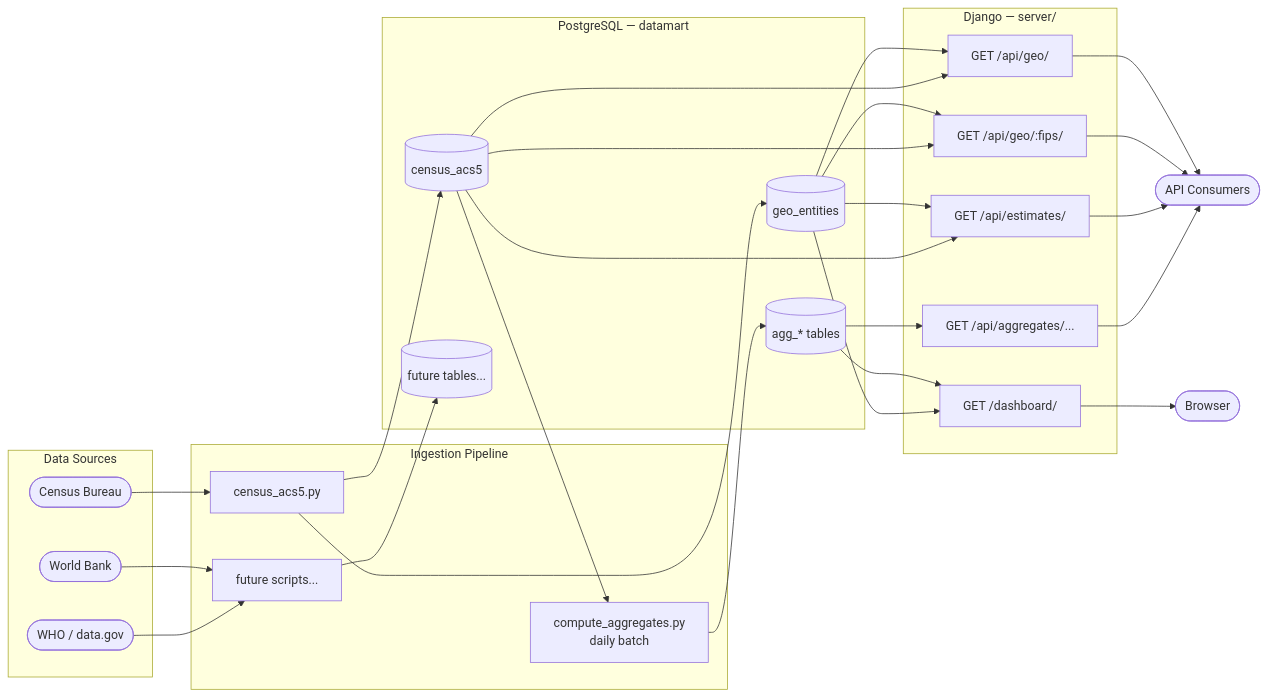
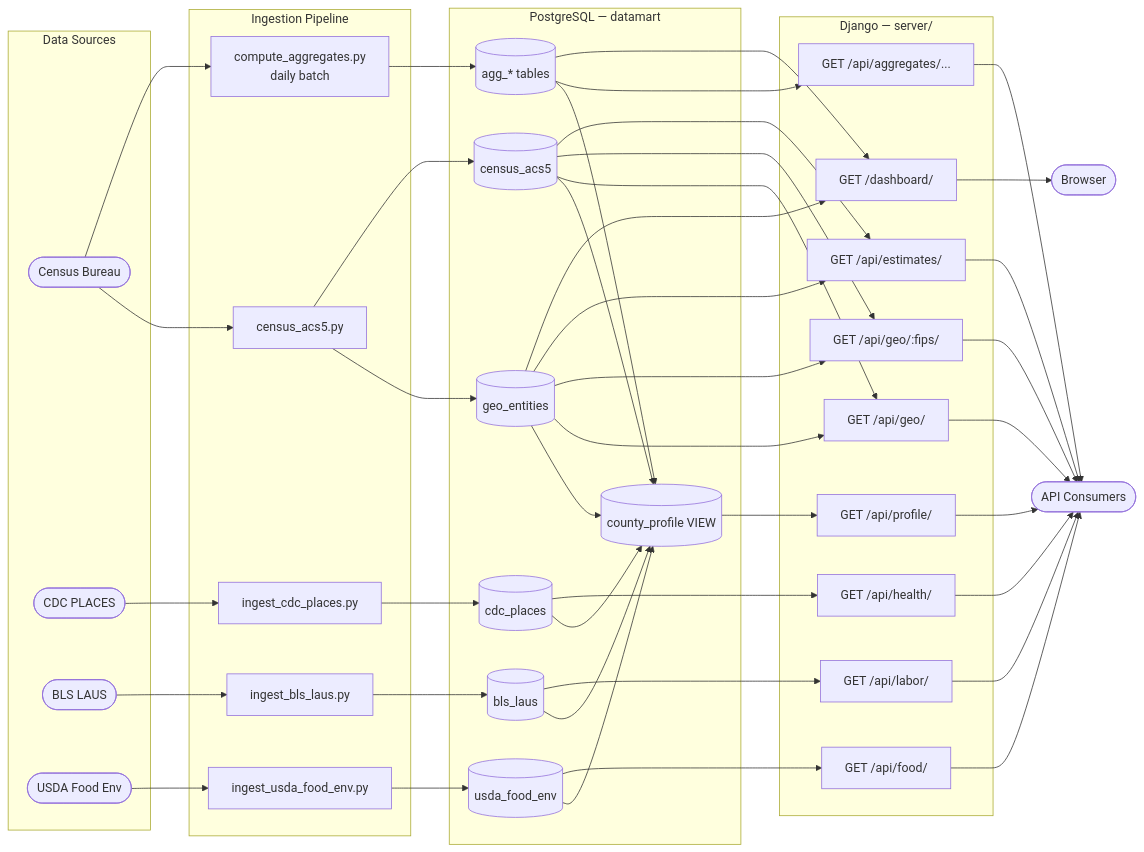
The diagram in DESIGN.md (vsukla/datamart), drawn with Mermaid before and after one commit. The commit also changed other lines of this file and 14 other files, not shown here.

First line of the commit message:
Add CDC PLACES, BLS LAUS, USDA Food Env, and county_profile (#19–#22)

````diff
--- a/DESIGN.md
+++ b/DESIGN.md
@@ -14,44 +14,62 @@
 ```mermaid
 flowchart LR
     subgraph sources ["Data Sources"]
         S1([Census Bureau])
-        S2([World Bank])
-        S3([WHO / data.gov])
+        S2([CDC PLACES])
+        S3([BLS LAUS])
+        S4([USDA Food Env])
     end
 
     subgraph pipeline ["Ingestion Pipeline"]
         I1[census_acs5.py]
         I2[compute_aggregates.py\ndaily batch]
-        I3[future scripts...]
+        I3[ingest_cdc_places.py]
+        I4[ingest_bls_laus.py]
+        I5[ingest_usda_food_env.py]
     end
 
     subgraph store ["PostgreSQL — datamart"]
         G[(geo_entities)]
         E[(census_acs5)]
         A[(agg_* tables)]
-        F[(future tables...)]
+        P[(cdc_places)]
+        B[(bls_laus)]
+        U[(usda_food_env)]
+        CV[(county_profile VIEW)]
     end
 
     subgraph server ["Django — server/"]
         V1["GET /api/geo/"]
         V2["GET /api/geo/:fips/"]
         V3["GET /api/estimates/"]
         V4["GET /api/aggregates/..."]
-        V5["GET /dashboard/"]
+        V5["GET /api/health/"]
+        V6["GET /api/labor/"]
+        V7["GET /api/food/"]
+        V8["GET /api/profile/"]
+        V9["GET /dashboard/"]
     end
 
     C([API Consumers])
     D([Browser])
 
-    S1 --> I1
-    S2 & S3 --> I3
+    S1 --> I1 & I2
+    S2 --> I3
+    S3 --> I4
+    S4 --> I5
     I1 --> G & E
-    E --> I2
     I2 --> A
-    I3 --> F
+    I3 --> P
+    I4 --> B
+    I5 --> U
+    G & E & A & P & B & U --> CV
     G & E --> V1 & V2 & V3
-    A --> V4 & V5
-    G --> V5
-    V1 & V2 & V3 & V4 --> C
-    V5 --> D
+    A --> V4 & V9
+    P --> V5
+    B --> V6
+    U --> V7
+    CV --> V8
+    G --> V9
+    V1 & V2 & V3 & V4 & V5 & V6 & V7 & V8 --> C
+    V9 --> D
 ```
````
